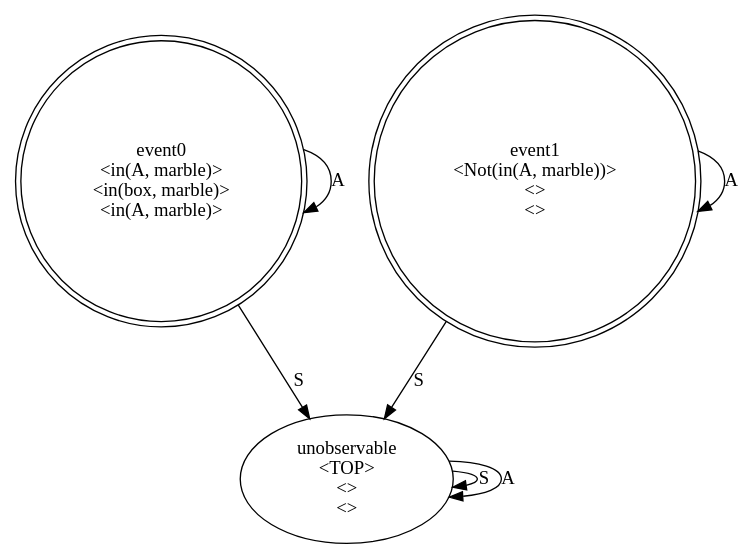
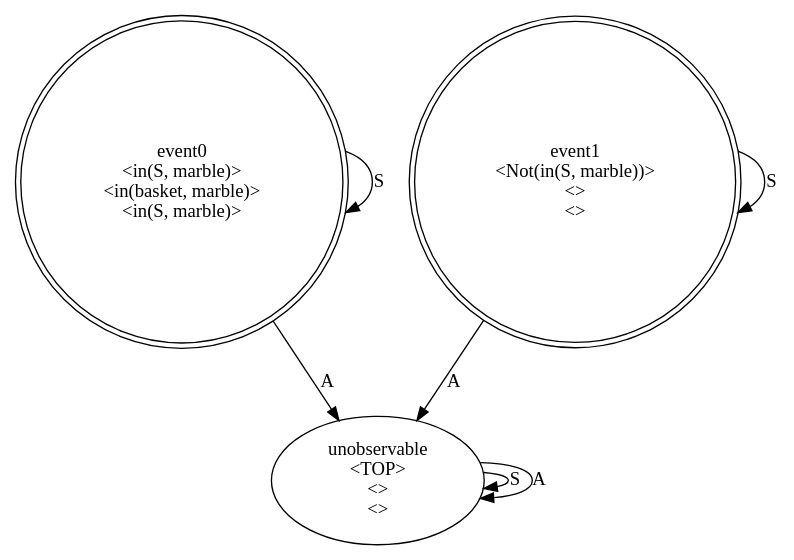
One commit to Zeltex/Implicit_Coordination changed the diagram in action.dot. Above: the diagram before and after it, drawn with Graphviz. The commit also changed 8 other files, not shown here.

```diff
--- a/action.dot
+++ b/action.dot
@@ -1,20 +1,20 @@
 digraph G {
 s0[label="event0
-<in(A, marble)>
-<in(box, marble)>
-<in(A, marble)>", shape=doublecircle];
+<in(S, marble)>
+<in(basket, marble)>
+<in(S, marble)>", shape=doublecircle];
 s1[label="event1
-<Not(in(A, marble))>
+<Not(in(S, marble))>
 <>
 <>", shape=doublecircle];
 s2[label="unobservable
 <TOP>
 <>
 <>"];
+s0 -> s0[label="S"];
+s1 -> s1[label="S"];
 s2 -> s2[label="S"];
-s0 -> s2[label="S"];
-s1 -> s2[label="S"];
-s0 -> s0[label="A"];
-s1 -> s1[label="A"];
 s2 -> s2[label="A"];
+s0 -> s2[label="A"];
+s1 -> s2[label="A"];
 }
```
